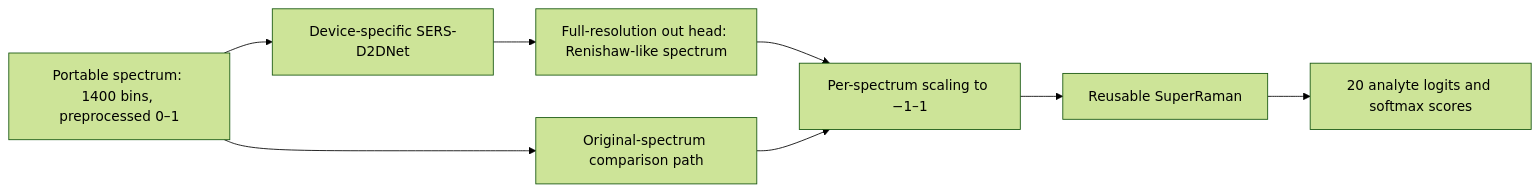
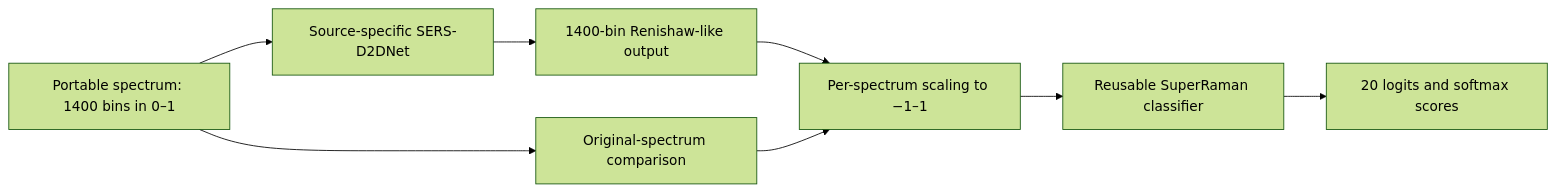
Before and after one commit to Sakib1263/SERS-D2DNet-SuperRaman: the diagram in README.md, drawn with Mermaid (forest theme). The commit also changed other lines of this file and 45 other files, not shown here.

````diff
--- a/README.md
+++ b/README.md
@@ -18,10 +40,10 @@
 ```mermaid
 flowchart LR
-    S[Portable spectrum: 1400 bins, preprocessed 0–1] --> T[Device-specific SERS-D2DNet]
-    T --> O[Full-resolution out head: Renishaw-like spectrum]
+    S[Portable spectrum: 1400 bins in 0–1] --> T[Source-specific SERS-D2DNet]
+    T --> O[1400-bin Renishaw-like output]
     O --> N[Per-spectrum scaling to −1–1]
-    N --> C[Reusable SuperRaman]
-    C --> P[20 analyte logits and softmax scores]
-    S --> B[Original-spectrum comparison path]
+    N --> C[Reusable SuperRaman classifier]
+    C --> P[20 logits and softmax scores]
+    S --> B[Original-spectrum comparison]
     B --> N
 ```
````
